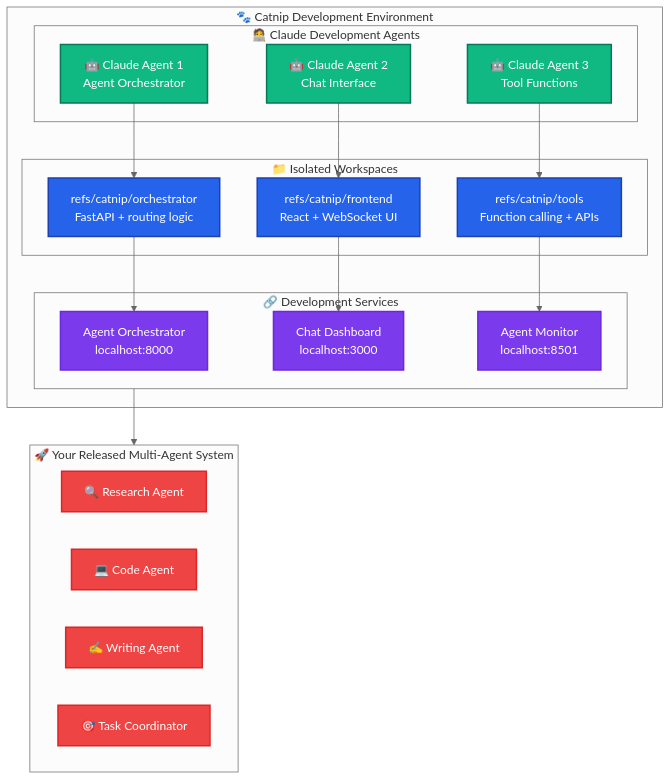
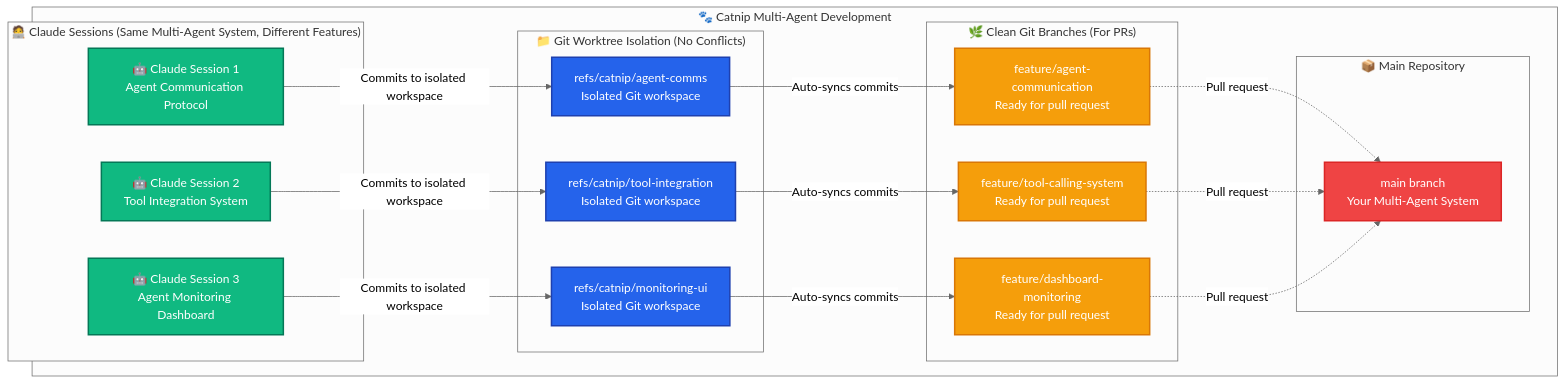
The first of 2 diagrams in README.md (wandb/catnip), drawn with Mermaid (neutral theme) before and after one commit. The commit also changed other lines of this file, not shown here.

````diff
--- a/README.md
+++ b/README.md
@@ -67,49 +67,48 @@
 ```mermaid
 graph TB
-    subgraph catnip ["🐾 Catnip Development Environment"]
-        subgraph devs ["🧑‍💻 Claude Development Agents"]
-            claude1["🤖 Claude Agent 1<br/>Agent Orchestrator"]
-            claude2["🤖 Claude Agent 2<br/>Chat Interface"] 
-            claude3["🤖 Claude Agent 3<br/>Tool Functions"]
+    subgraph catnip ["🐾 Catnip Multi-Agent Development"]
+        subgraph devs ["🧑‍💻 Claude Sessions (Same Multi-Agent System, Different Features)"]
+            claude1["🤖 Claude Session 1<br/>Agent Communication Protocol"]
+            claude2["🤖 Claude Session 2<br/>Tool Integration System"] 
+            claude3["🤖 Claude Session 3<br/>Agent Monitoring Dashboard"]
         end
         
-        subgraph workspaces ["📁 Isolated Workspaces"]
-            wt1["refs/catnip/orchestrator<br/>FastAPI + routing logic"]
-            wt2["refs/catnip/frontend<br/>React + WebSocket UI"]
-            wt3["refs/catnip/tools<br/>Function calling + APIs"]
+        subgraph isolation ["📁 Git Worktree Isolation (No Conflicts)"]
+            wt1["refs/catnip/agent-comms<br/>Isolated Git workspace"]
+            wt2["refs/catnip/tool-integration<br/>Isolated Git workspace"]
+            wt3["refs/catnip/monitoring-ui<br/>Isolated Git workspace"]
         end
         
-        subgraph services ["🔗 Development Services"]
-            orch["Agent Orchestrator<br/>localhost:8000"]
-            ui["Chat Dashboard<br/>localhost:3000"]
-            monitor["Agent Monitor<br/>localhost:8501"]
+        subgraph branches ["🌿 Clean Git Branches (For PRs)"]
+            br1["feature/agent-communication<br/>Ready for pull request"]
+            br2["feature/tool-calling-system<br/>Ready for pull request"]
+            br3["feature/dashboard-monitoring<br/>Ready for pull request"]
+        end
+        
+        subgraph main ["📦 Main Repository"]
+            mainbranch["main branch<br/>Your Multi-Agent System"]
         end
     end
     
-    subgraph production ["🚀 Your Released Multi-Agent System"]
-        researcher["🔍 Research Agent"]
-        coder["💻 Code Agent"] 
-        writer["✍️ Writing Agent"]
-        coordinator["🎯 Task Coordinator"]
-    end
+    claude1 -->|"Commits to isolated workspace"| wt1
+    claude2 -->|"Commits to isolated workspace"| wt2
+    claude3 -->|"Commits to isolated workspace"| wt3
     
-    claude1 --> wt1
-    claude2 --> wt2
-    claude3 --> wt3
+    wt1 -->|"Auto-syncs commits"| br1
+    wt2 -->|"Auto-syncs commits"| br2
+    wt3 -->|"Auto-syncs commits"| br3
     
-    wt1 --> orch
-    wt2 --> ui
-    wt3 --> monitor
-    
-    services --> production
+    br1 -.->|"Pull request"| mainbranch
+    br2 -.->|"Pull request"| mainbranch
+    br3 -.->|"Pull request"| mainbranch
     
     classDef claudeStyle fill:#10b981,stroke:#047857,stroke-width:2px,color:#ffffff
     classDef workspaceStyle fill:#2563eb,stroke:#1e40af,stroke-width:2px,color:#ffffff
-    classDef serviceStyle fill:#7c3aed,stroke:#6d28d9,stroke-width:2px,color:#ffffff
-    classDef prodStyle fill:#ef4444,stroke:#dc2626,stroke-width:2px,color:#ffffff
+    classDef branchStyle fill:#f59e0b,stroke:#d97706,stroke-width:2px,color:#ffffff
+    classDef mainStyle fill:#ef4444,stroke:#dc2626,stroke-width:2px,color:#ffffff
     
     class claude1,claude2,claude3 claudeStyle
     class wt1,wt2,wt3 workspaceStyle
-    class orch,ui,monitor serviceStyle
-    class researcher,coder,writer,coordinator prodStyle
+    class br1,br2,br3 branchStyle
+    class mainbranch mainStyle
 ```
````
